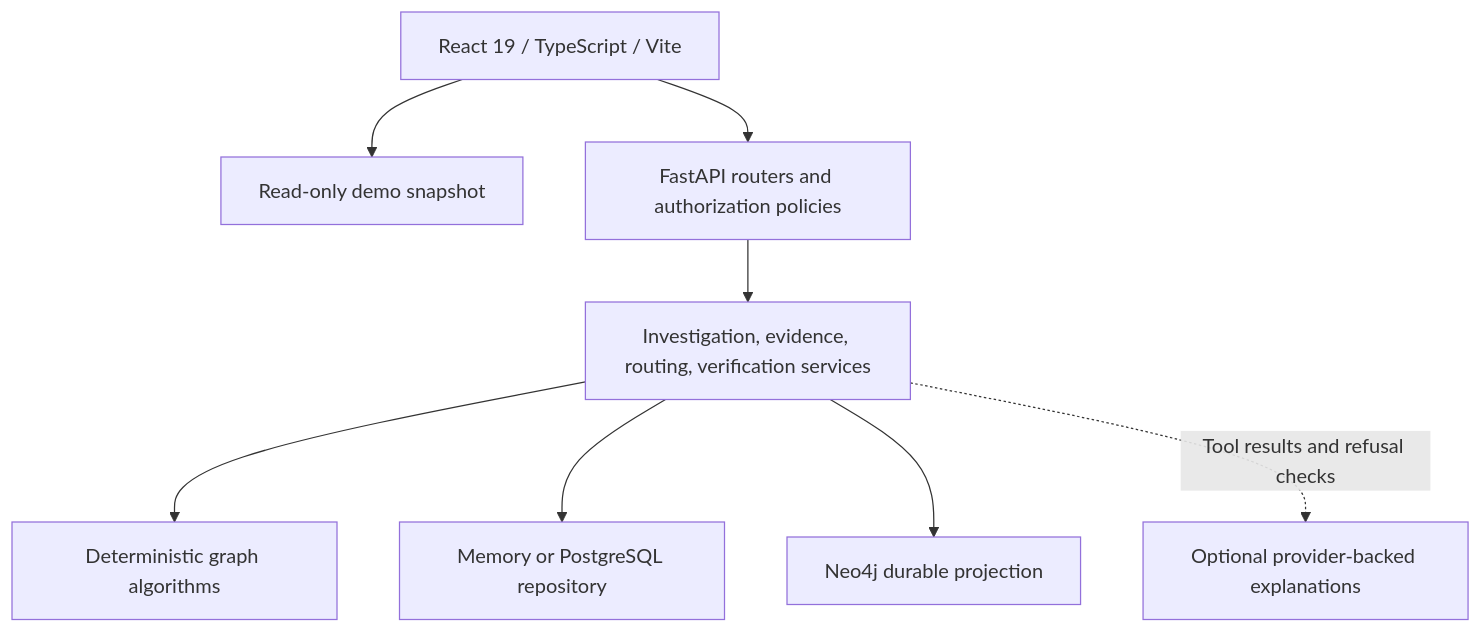
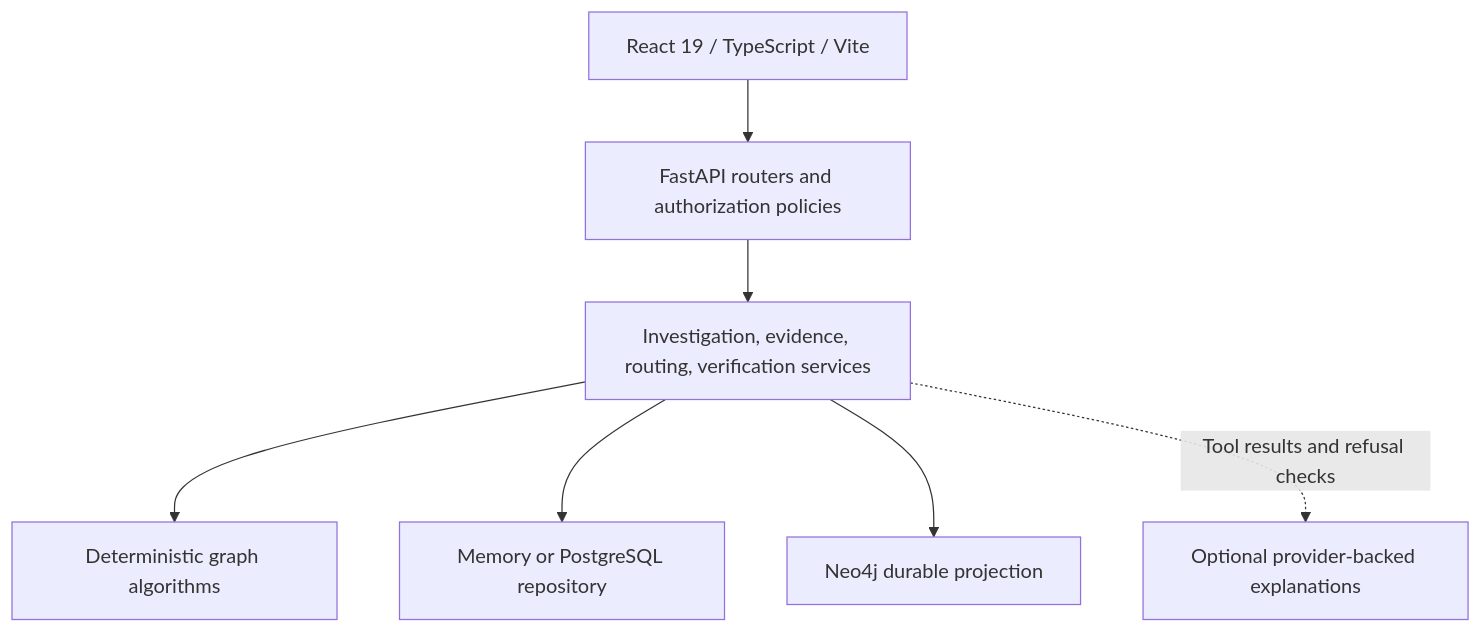
The diagram in docs/ARCHITECTURE.md (acchasujal/Nexus), drawn with Mermaid before and after one commit. The commit also changed other lines of this file and 21 other files, not shown here.

````diff
--- a/docs/ARCHITECTURE.md
+++ b/docs/ARCHITECTURE.md
@@ -9,18 +9,16 @@
 ```mermaid
 flowchart TB
     Browser["React 19 / TypeScript / Vite"]
-    Demo["Read-only demo snapshot"]
     API["FastAPI routers and authorization policies"]
     Services["Investigation, evidence, routing, verification services"]
     Algorithms["Deterministic graph algorithms"]
     Repository["Memory or PostgreSQL repository"]
     Projection["Neo4j durable projection"]
     LLM["Optional provider-backed explanations"]
-    Browser --> Demo
     Browser --> API
     API --> Services
     Services --> Algorithms
     Services --> Repository
     Services --> Projection
     Services -. "Tool results and refusal checks" .-> LLM
 ```
````
